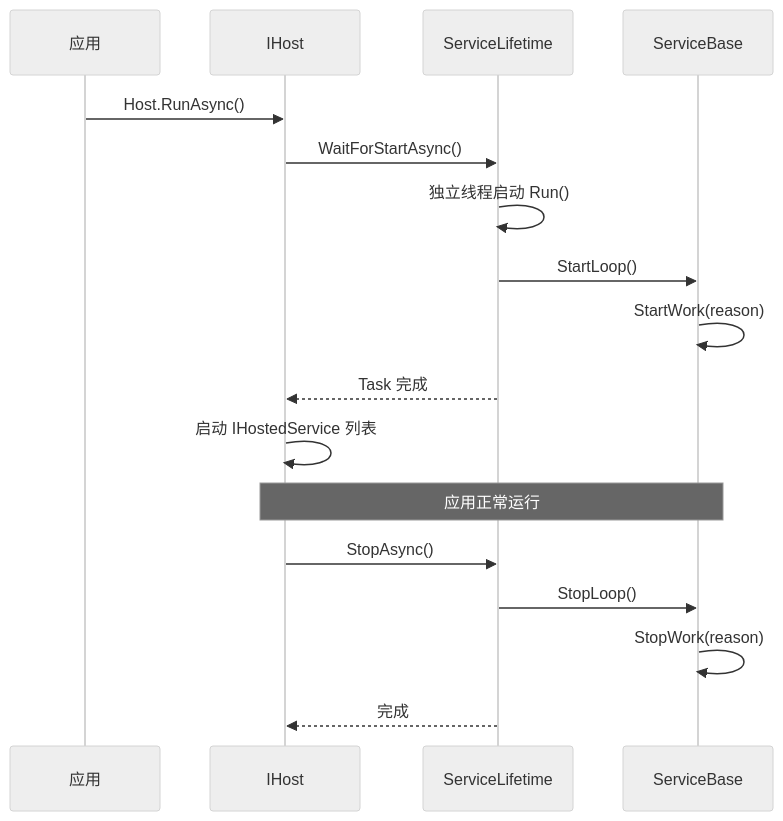
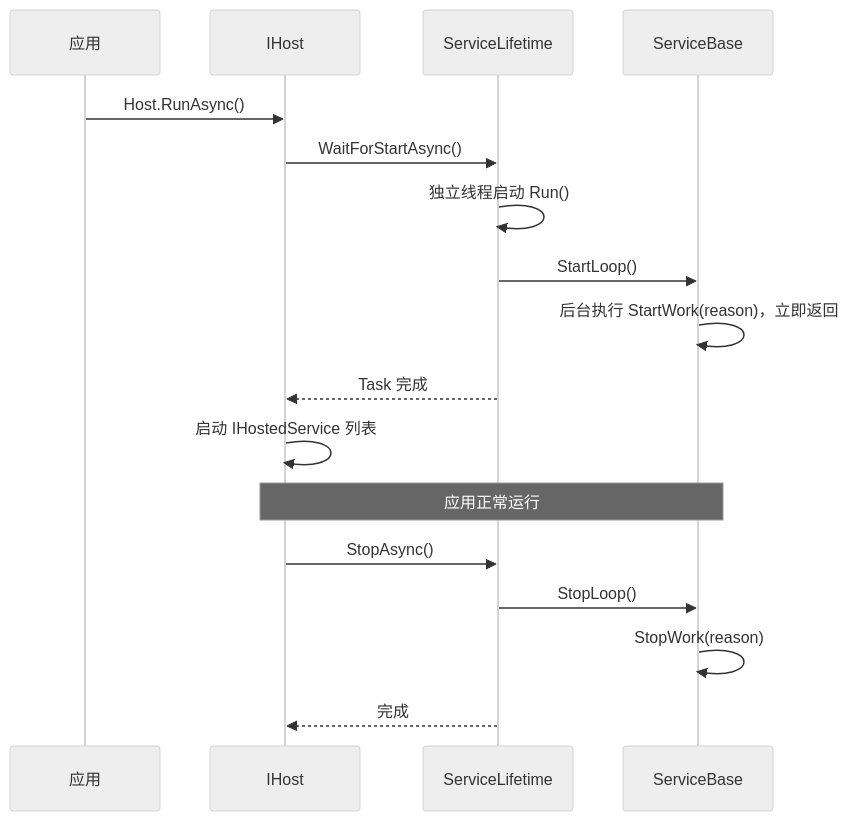
Before and after one commit to NewLifeX/NewLife.Agent: the fifth of 6 diagrams in Doc/架构设计.md, drawn with Mermaid (neutral theme). The commit also changed other lines of this file and 3 other files, not shown here.

````diff
--- a/Doc/架构设计.md
+++ b/Doc/架构设计.md
@@ -335,20 +336,20 @@
 ```mermaid
 sequenceDiagram
   participant App as 应用
   participant Host as IHost
   participant SL as ServiceLifetime
   participant SB as ServiceBase
 
   App->>Host: Host.RunAsync()
   Host->>SL: WaitForStartAsync()
   SL->>SL: 独立线程启动 Run()
   SL->>SB: StartLoop()
-  SB->>SB: StartWork(reason)
+  SB->>SB: 后台执行 StartWork(reason)，立即返回
   SL-->>Host: Task 完成
   Host->>Host: 启动 IHostedService 列表
   Note over Host,SB: 应用正常运行
   Host->>SL: StopAsync()
   SL->>SB: StopLoop()
   SB->>SB: StopWork(reason)
   SL-->>Host: 完成
 ```
````
